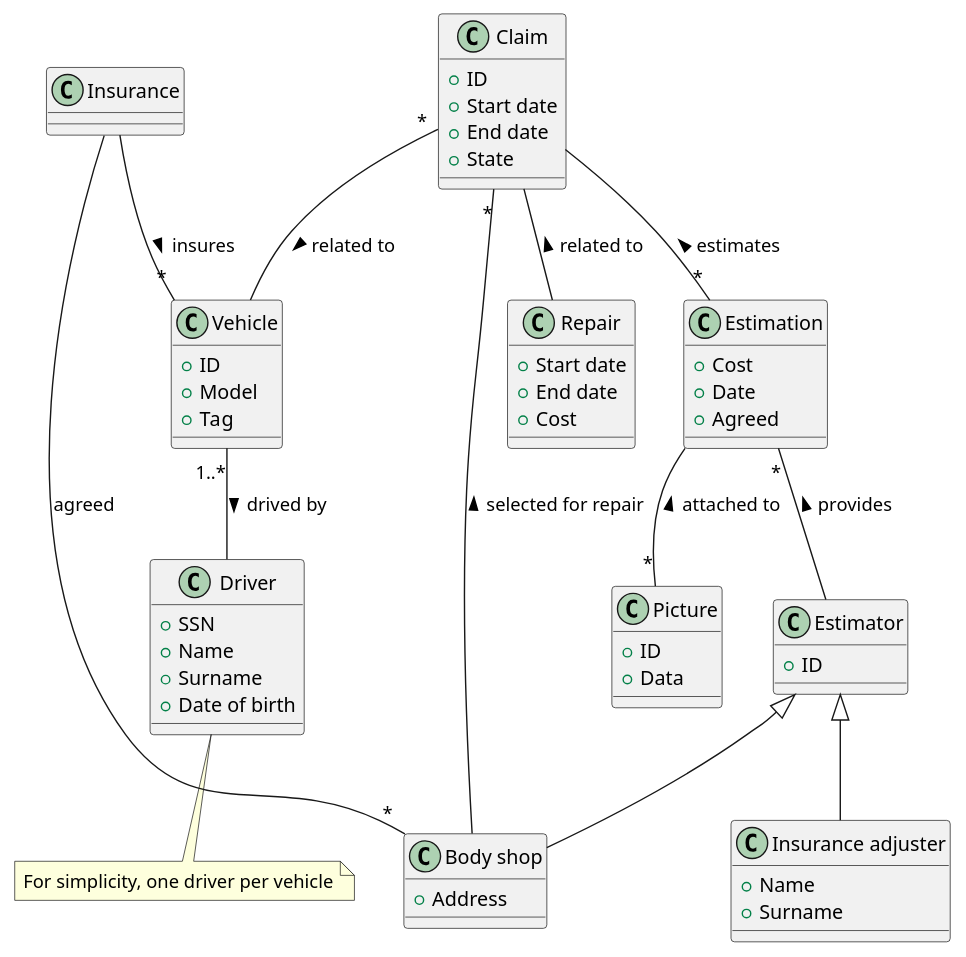
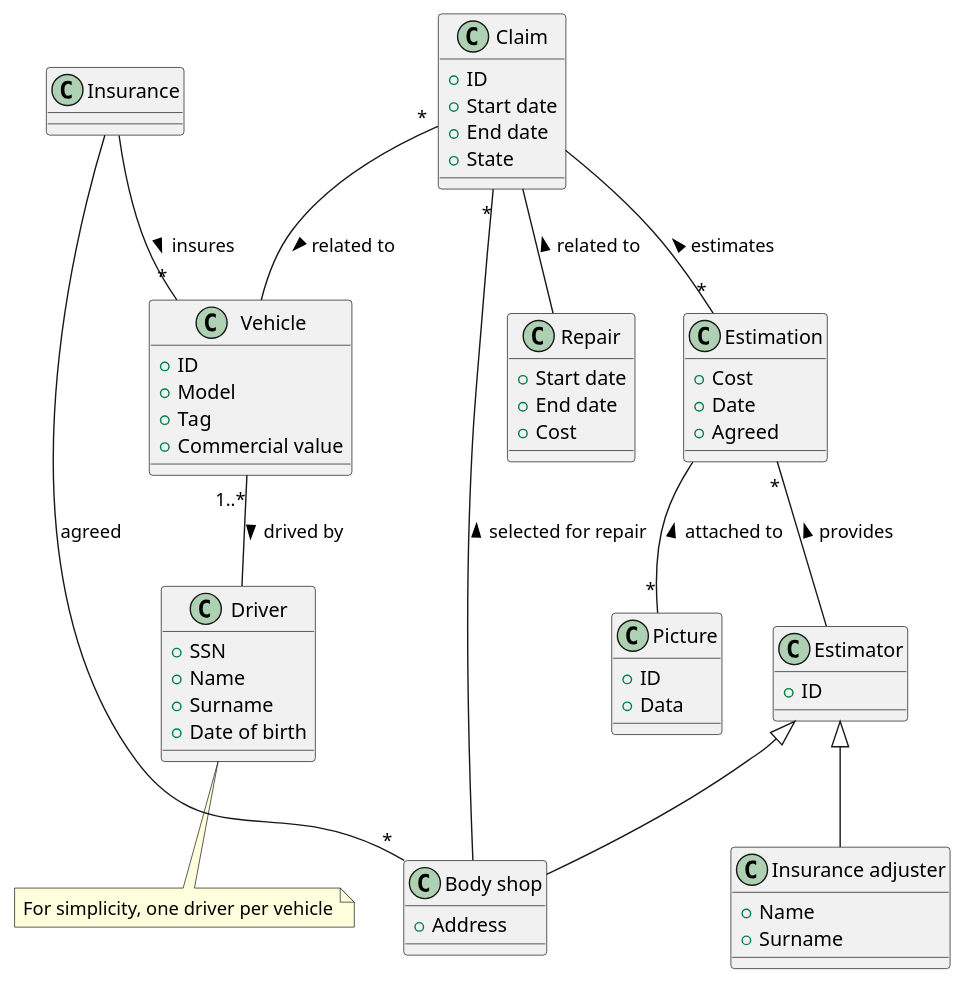
One commit to franco-ruggeri/polito-information-systems changed the diagram in car_damage_repair/models/data.pu. Above: the diagram before and after it, drawn with PlantUML. The commit also changed 1 other file, not shown here.

```diff
--- a/car_damage_repair/models/data.pu
+++ b/car_damage_repair/models/data.pu
@@ -1,61 +1,62 @@
 @startuml
 
 class "Insurance" as I
 class "Body shop" as BS {
 	+Address
 }
 class "Insurance adjuster" as IA {
 	+Name
 	+Surname
 }
 class "Driver" as D {
 	+SSN
 	+Name
 	+Surname
 	+Date of birth
 }
 class "Vehicle" as V {
 	+ID
 	+Model
 	+Tag
+	+Commercial value
 }
 class Estimator {
 	+ID
 }
 class Claim {
 	+ID
 	+Start date
 	+End date
 	+State
 }
 class Estimation {
 	+Cost
 	+Date
 	+Agreed
 }
 class Picture {
 	+ID
 	+Data
 }
 class Repair {
 	+Start date
 	+End date
 	+Cost
 }
 
 I -- "*" BS : agreed
 I -- "*" V : insures >
 V "1..*" -- D : drived by >
 Claim "*" -- V : related to >
 Claim "*" -- BS : selected for repair <
 Claim -- "*" Estimation : estimates <
 Claim -- Repair : related to <
 Estimation -- "*" Picture : attached to <
 Estimation "*" -- Estimator : provides <
 Estimator <|-- BS
 Estimator <|-- IA
 
 note "For simplicity, one driver per vehicle" as N1
 D .. N1
 
 @enduml
```
